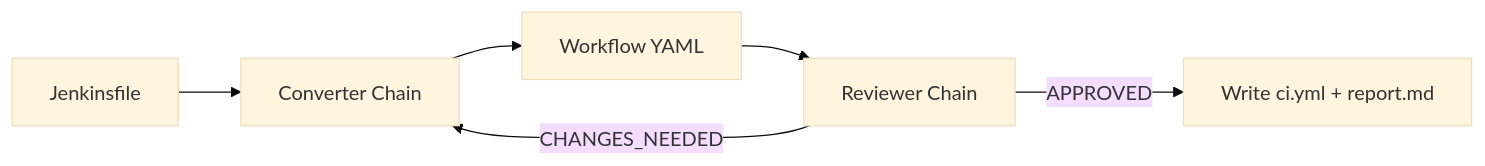
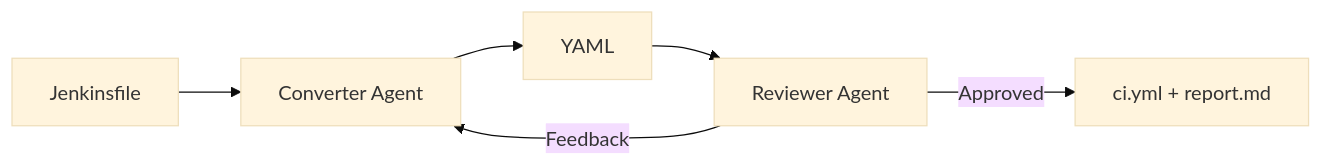
One commit to romanmash/agentic-converter-langchain changed the diagram in README.md. Above: the diagram before and after it, drawn with Mermaid (base theme). The commit also changed other lines of this file and 16 other files, not shown here.

````diff
--- a/README.md
+++ b/README.md
@@ -13,8 +21,8 @@
 ```mermaid
 flowchart LR
-    A[Jenkinsfile] --> B[Converter Chain]
-    B --> C[Workflow YAML]
-    C --> D[Reviewer Chain]
-    D -->|APPROVED| E[Write ci.yml + report.md]
-    D -->|CHANGES_NEEDED| B
+    A[Jenkinsfile] --> B[Converter Agent]
+    B --> C[YAML]
+    C --> D[Reviewer Agent]
+    D -->|Approved| E[ci.yml + report.md]
+    D -->|Feedback| B
 ```
````
